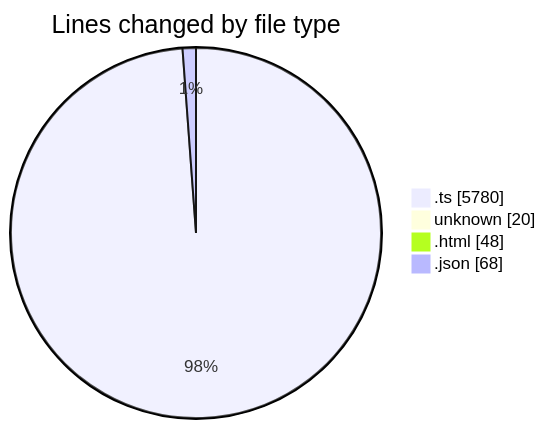
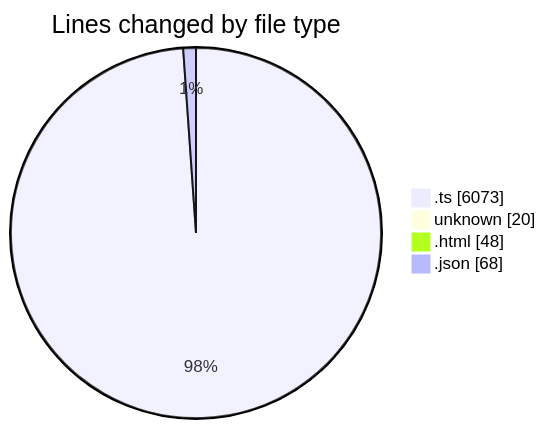
Before and after one commit to tmsrecording-cyber/code-tracking: the first of 2 diagrams in 2026-02-06/singularitybrainai/README.md, drawn with Mermaid. The commit also changed other lines of this file and 1 other file, not shown here.

````diff
--- a/2026-02-06/singularitybrainai/README.md
+++ b/2026-02-06/singularitybrainai/README.md
@@ -32,8 +32,8 @@
 ```mermaid
 pie showData
 title Lines changed by file type
-".ts" : 5780
+".ts" : 6073
 "unknown" : 20
 ".html" : 48
 ".json" : 68
 ```
````
